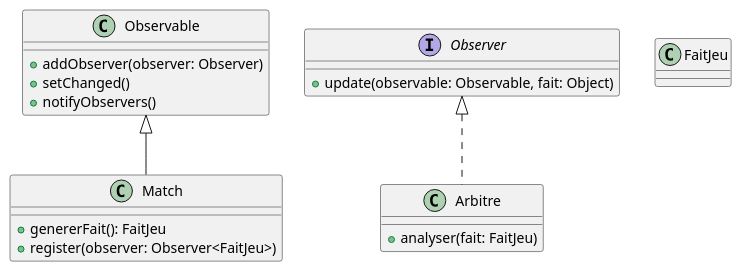
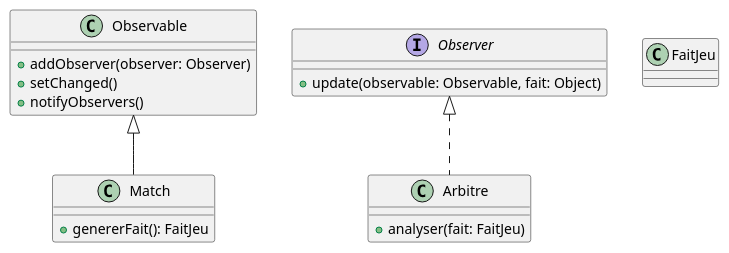
One commit to jandry/design-pattern changed the diagram in src/uml/observerJava.puml. Above: the diagram before and after it, drawn with PlantUML.

Commit message:
remove TODO

```diff
--- a/src/uml/observerJava.puml
+++ b/src/uml/observerJava.puml
@@ -1,27 +1,26 @@
 @startuml Observer
 
 interface Observer {
     + update(observable: Observable, fait: Object)
 }
 
 class Observable {
     + addObserver(observer: Observer)
     + setChanged()
     + notifyObservers()
 }
 
 class Match {
     + genererFait(): FaitJeu
-    + register(observer: Observer<FaitJeu>)
 }
 
 class FaitJeu
 
 class Arbitre {
     + analyser(fait: FaitJeu)
 }
 
 Arbitre .up.|> Observer
 Match -up-|> Observable
 
 @enduml
```
